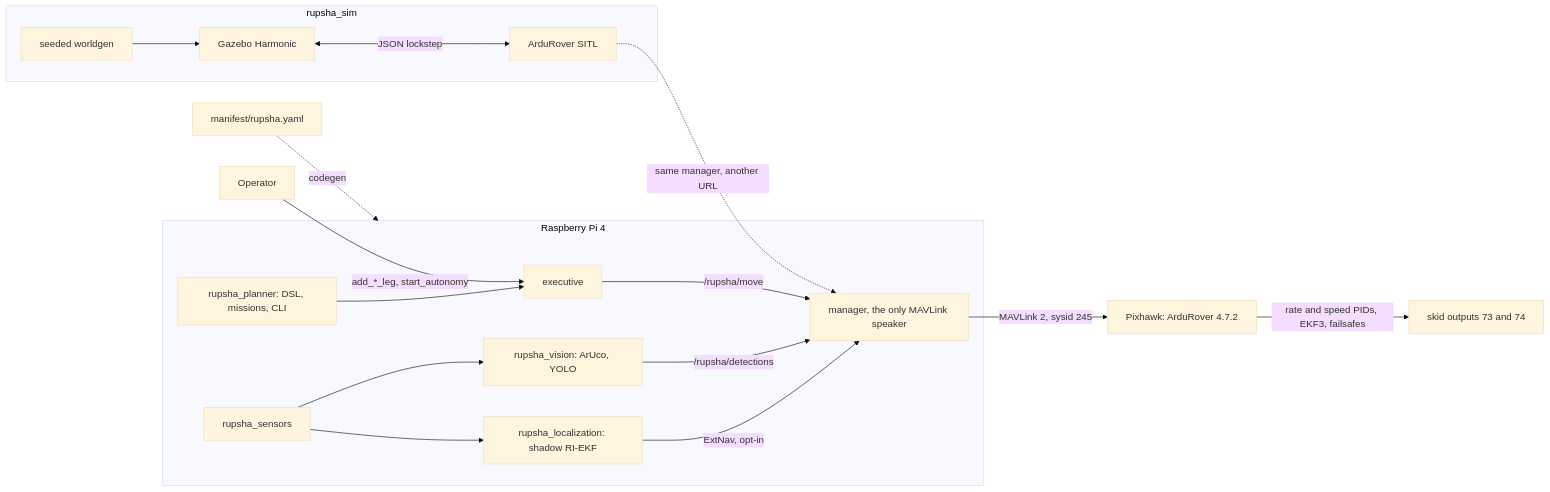
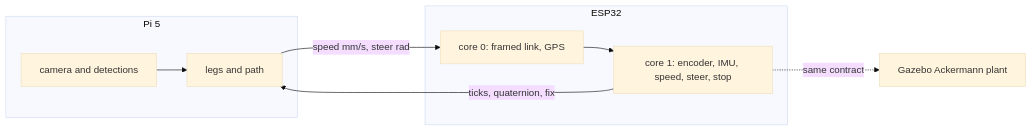
The first of 3 diagrams in README.md (fh1m/rupsha_ws), drawn with Mermaid (base theme) before and after one commit. The commit also changed other lines of this file and 35 other files, not shown here.

First line of the commit message:
Replace the skid sim with the Ackermann chassis and drop ArduRover from the launch.

````diff
--- a/README.md
+++ b/README.md
@@ -78,20 +94,17 @@
 ```mermaid
 flowchart LR
-  manifest["manifest/rupsha.yaml"] -.->|codegen| pi
-  base[Operator] -->|"add_*_leg, start_autonomy"| exec
-  subgraph pi [Raspberry Pi 4]
-    planner[rupsha_planner: DSL, missions, CLI] --> exec[executive]
-    exec -->|"/rupsha/move"| mgr[manager, the only MAVLink speaker]
-    sensors[rupsha_sensors] --> vision[rupsha_vision: ArUco, YOLO]
-    sensors --> loc[rupsha_localization: shadow RI-EKF]
-    vision -->|"/rupsha/detections"| mgr
-    loc -->|"ExtNav, opt-in"| mgr
+  subgraph pi [Pi 5]
+    vision[camera and detections]
+    plan[legs and path]
   end
-  mgr -->|"MAVLink 2, sysid 245"| fc[Pixhawk: ArduRover 4.7.2]
-  fc -->|"rate and speed PIDs, EKF3, failsafes"| motors[skid outputs 73 and 74]
-  subgraph sim [rupsha_sim]
-    worldgen[seeded worldgen] --> gz[Gazebo Harmonic]
-    gz <-->|"JSON lockstep"| sitl[ArduRover SITL]
+  subgraph board [ESP32]
+    core1[core 1: encoder, IMU, speed, steer, stop]
+    core0[core 0: framed link, GPS]
   end
-  sitl -.->|"same manager, another URL"| mgr
+  plant[Gazebo Ackermann plant]
+  vision --> plan
+  plan -->|"speed mm/s, steer rad"| core0
+  core0 --> core1
+  core1 -->|"ticks, quaternion, fix"| plan
+  core1 -.->|same contract| plant
 ```
````
